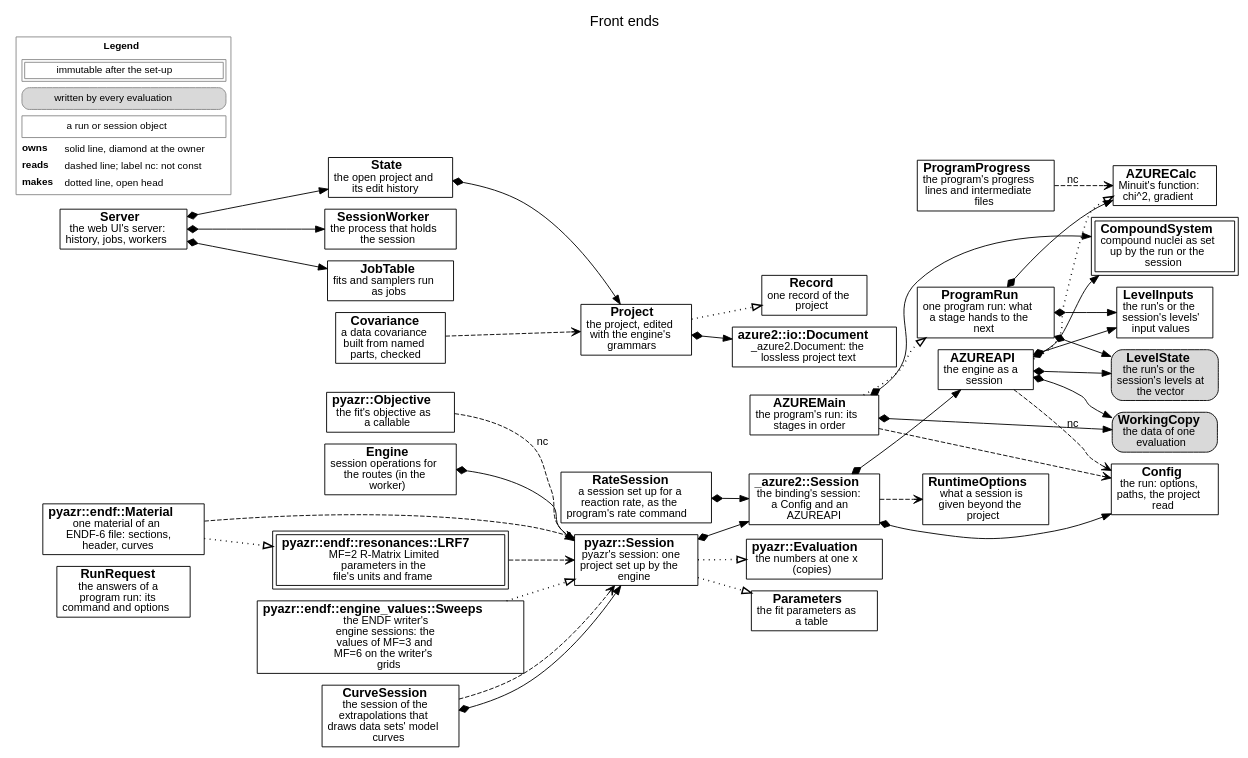
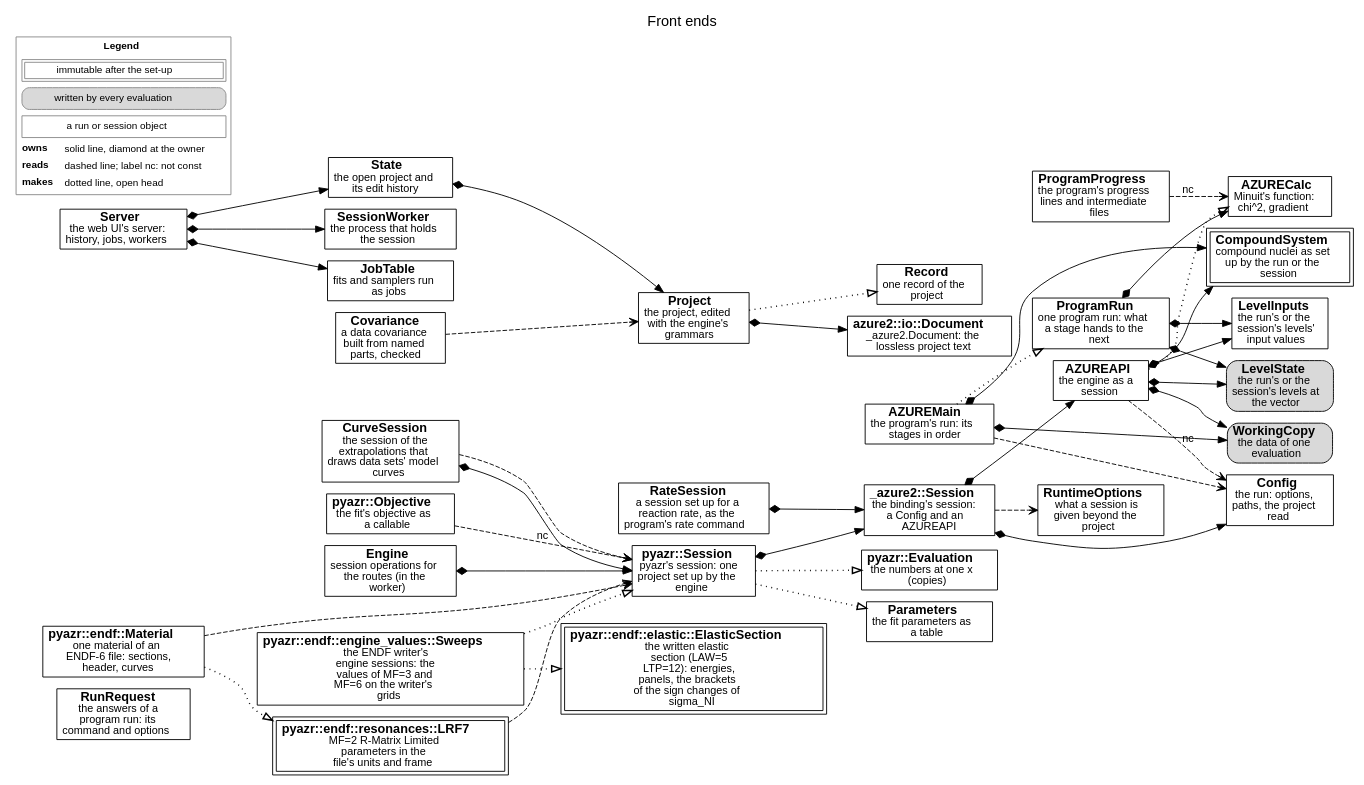
One commit to AZURE2DEV/AZURE2 changed the diagram in docs/source/developer/figures/frontends.dot. Above: the diagram before and after it, drawn with Graphviz. The commit also changed 16 other files, not shown here.

```diff
--- a/docs/source/developer/figures/frontends.dot
+++ b/docs/source/developer/figures/frontends.dot
@@ -1,73 +1,75 @@
 digraph frontends {
   graph [rankdir=LR, fontname="Helvetica", fontsize=16, labelloc=t, label="Front ends", nodesep=0.18, ranksep=0.3, newrank=true];
   node [fontname="Helvetica", fontsize=14, margin="0.08,0.04"];
   edge [fontname="Helvetica", fontsize=12];
   n_RunRequest [label=<<b>RunRequest</b><br/><font point-size="12">the answers of a<br/>program run: its<br/>command and options</font>>, shape=box, style="filled", fillcolor="white"];
   n_AZUREMain [label=<<b>AZUREMain</b><br/><font point-size="12">the program&#x27;s run: its<br/>stages in order</font>>, shape=box, style="filled", fillcolor="white"];
   n_Config [label=<<b>Config</b><br/><font point-size="12">the run: options,<br/>paths, the project<br/>read</font>>, shape=box, style="filled", fillcolor="white"];
   n_CompoundSystem [label=<<b>CompoundSystem</b><br/><font point-size="12">compound nuclei as set<br/>up by the run or the<br/>session</font>>, shape=box, peripheries=2, style="filled", fillcolor="white"];
   n_LevelState [label=<<b>LevelState</b><br/><font point-size="12">the run&#x27;s or the<br/>session&#x27;s levels at<br/>the vector</font>>, shape=box, style="rounded,filled", fillcolor="#d9d9d9"];
   n_LevelInputs [label=<<b>LevelInputs</b><br/><font point-size="12">the run&#x27;s or the<br/>session&#x27;s levels&#x27;<br/>input values</font>>, shape=box, style="filled", fillcolor="white"];
   n_WorkingCopy [label=<<b>WorkingCopy</b><br/><font point-size="12">the data of one<br/>evaluation</font>>, shape=box, style="rounded,filled", fillcolor="#d9d9d9"];
   n_AZURECalc [label=<<b>AZURECalc</b><br/><font point-size="12">Minuit&#x27;s function:<br/>chi^2, gradient</font>>, shape=box, style="filled", fillcolor="white"];
   n_ProgramRun [label=<<b>ProgramRun</b><br/><font point-size="12">one program run: what<br/>a stage hands to the<br/>next</font>>, shape=box, style="filled", fillcolor="white"];
   n_ProgramProgress [label=<<b>ProgramProgress</b><br/><font point-size="12">the program&#x27;s progress<br/>lines and intermediate<br/>files</font>>, shape=box, style="filled", fillcolor="white"];
   n_AZUREAPI [label=<<b>AZUREAPI</b><br/><font point-size="12">the engine as a<br/>session</font>>, shape=box, style="filled", fillcolor="white"];
   n__azure2__Session [label=<<b>_azure2::Session</b><br/><font point-size="12">the binding&#x27;s session:<br/>a Config and an<br/>AZUREAPI</font>>, shape=box, style="filled", fillcolor="white"];
   n_RuntimeOptions [label=<<b>RuntimeOptions</b><br/><font point-size="12">what a session is<br/>given beyond the<br/>project</font>>, shape=box, style="filled", fillcolor="white"];
   n_pyazr__Session [label=<<b>pyazr::Session</b><br/><font point-size="12">pyazr&#x27;s session: one<br/>project set up by the<br/>engine</font>>, shape=box, style="filled", fillcolor="white"];
   n_pyazr__Objective [label=<<b>pyazr::Objective</b><br/><font point-size="12">the fit&#x27;s objective as<br/>a callable</font>>, shape=box, style="filled", fillcolor="white"];
   n_pyazr__Evaluation [label=<<b>pyazr::Evaluation</b><br/><font point-size="12">the numbers at one x<br/>(copies)</font>>, shape=box, style="filled", fillcolor="white"];
   n_Parameters [label=<<b>Parameters</b><br/><font point-size="12">the fit parameters as<br/>a table</font>>, shape=box, style="filled", fillcolor="white"];
   n_Project [label=<<b>Project</b><br/><font point-size="12">the project, edited<br/>with the engine&#x27;s<br/>grammars</font>>, shape=box, style="filled", fillcolor="white"];
   n_Record [label=<<b>Record</b><br/><font point-size="12">one record of the<br/>project</font>>, shape=box, style="filled", fillcolor="white"];
   n_azure2__io__Document [label=<<b>azure2::io::Document</b><br/><font point-size="12">_azure2.Document: the<br/>lossless project text</font>>, shape=box, style="filled", fillcolor="white"];
   n_Server [label=<<b>Server</b><br/><font point-size="12">the web UI&#x27;s server:<br/>history, jobs, workers</font>>, shape=box, style="filled", fillcolor="white"];
   n_State [label=<<b>State</b><br/><font point-size="12">the open project and<br/>its edit history</font>>, shape=box, style="filled", fillcolor="white"];
   n_SessionWorker [label=<<b>SessionWorker</b><br/><font point-size="12">the process that holds<br/>the session</font>>, shape=box, style="filled", fillcolor="white"];
   n_Engine [label=<<b>Engine</b><br/><font point-size="12">session operations for<br/>the routes (in the<br/>worker)</font>>, shape=box, style="filled", fillcolor="white"];
   n_JobTable [label=<<b>JobTable</b><br/><font point-size="12">fits and samplers run<br/>as jobs</font>>, shape=box, style="filled", fillcolor="white"];
   n_pyazr__endf__Material [label=<<b>pyazr::endf::Material</b><br/><font point-size="12">one material of an<br/>ENDF-6 file: sections,<br/>header, curves</font>>, shape=box, style="filled", fillcolor="white"];
   n_pyazr__endf__resonances__LRF7 [label=<<b>pyazr::endf::resonances::LRF7</b><br/><font point-size="12">MF=2 R-Matrix Limited<br/>parameters in the<br/>file&#x27;s units and frame</font>>, shape=box, peripheries=2, style="filled", fillcolor="white"];
   n_pyazr__endf__engine_values__Sweeps [label=<<b>pyazr::endf::engine_values::Sweeps</b><br/><font point-size="12">the ENDF writer&#x27;s<br/>engine sessions: the<br/>values of MF=3 and<br/>MF=6 on the writer&#x27;s<br/>grids</font>>, shape=box, style="filled", fillcolor="white"];
+  n_pyazr__endf__elastic__ElasticSection [label=<<b>pyazr::endf::elastic::ElasticSection</b><br/><font point-size="12">the written elastic<br/>section (LAW=5<br/>LTP=12): energies,<br/>panels, the brackets<br/>of the sign changes of<br/>sigma_NI</font>>, shape=box, peripheries=2, style="filled", fillcolor="white"];
   n_RateSession [label=<<b>RateSession</b><br/><font point-size="12">a session set up for a<br/>reaction rate, as the<br/>program&#x27;s rate command</font>>, shape=box, style="filled", fillcolor="white"];
   n_CurveSession [label=<<b>CurveSession</b><br/><font point-size="12">the session of the<br/>extrapolations that<br/>draws data sets&#x27; model<br/>curves</font>>, shape=box, style="filled", fillcolor="white"];
   n_Covariance [label=<<b>Covariance</b><br/><font point-size="12">a data covariance<br/>built from named<br/>parts, checked</font>>, shape=box, style="filled", fillcolor="white"];
   n_AZUREMain -> n_Config [style=dashed, arrowhead=vee];
   n_AZUREMain -> n_CompoundSystem [style=solid, dir=both, arrowtail=diamond, arrowhead=normal];
   n_AZUREMain -> n_WorkingCopy [style=solid, dir=both, arrowtail=diamond, arrowhead=normal];
   n_AZUREMain -> n_ProgramRun [style=dotted, penwidth=1.6, arrowhead=empty];
   n_ProgramRun -> n_AZURECalc [style=solid, dir=both, arrowtail=diamond, arrowhead=normal];
   n_ProgramRun -> n_LevelState [style=solid, dir=both, arrowtail=diamond, arrowhead=normal];
   n_ProgramRun -> n_LevelInputs [style=solid, dir=both, arrowtail=diamond, arrowhead=normal];
   n_ProgramProgress -> n_AZURECalc [style=dashed, arrowhead=vee, label=" nc"];
   n_AZUREAPI -> n_AZURECalc [style=dotted, penwidth=1.6, arrowhead=empty];
   n_AZUREAPI -> n_Config [style=dashed, arrowhead=vee, label=" nc"];
   n_AZUREAPI -> n_CompoundSystem [style=solid, dir=both, arrowtail=diamond, arrowhead=normal];
   n_AZUREAPI -> n_LevelState [style=solid, dir=both, arrowtail=diamond, arrowhead=normal];
   n_AZUREAPI -> n_LevelInputs [style=solid, dir=both, arrowtail=diamond, arrowhead=normal];
   n_AZUREAPI -> n_WorkingCopy [style=solid, dir=both, arrowtail=diamond, arrowhead=normal];
   n__azure2__Session -> n_Config [style=solid, dir=both, arrowtail=diamond, arrowhead=normal];
   n__azure2__Session -> n_AZUREAPI [style=solid, dir=both, arrowtail=diamond, arrowhead=normal];
   n__azure2__Session -> n_RuntimeOptions [style=dashed, arrowhead=vee];
   n_pyazr__Session -> n__azure2__Session [style=solid, dir=both, arrowtail=diamond, arrowhead=normal];
   n_pyazr__Session -> n_Parameters [style=dotted, penwidth=1.6, arrowhead=empty];
   n_pyazr__Objective -> n_pyazr__Session [style=dashed, arrowhead=vee, label=" nc"];
   n_pyazr__Session -> n_pyazr__Evaluation [style=dotted, penwidth=1.6, arrowhead=empty];
   n_Project -> n_azure2__io__Document [style=solid, dir=both, arrowtail=diamond, arrowhead=normal];
   n_Project -> n_Record [style=dotted, penwidth=1.6, arrowhead=empty];
   n_State -> n_Project [style=solid, dir=both, arrowtail=diamond, arrowhead=normal];
   n_Server -> n_State [style=solid, dir=both, arrowtail=diamond, arrowhead=normal];
   n_Server -> n_SessionWorker [style=solid, dir=both, arrowtail=diamond, arrowhead=normal];
   n_Server -> n_JobTable [style=solid, dir=both, arrowtail=diamond, arrowhead=normal];
   n_Engine -> n_pyazr__Session [style=solid, dir=both, arrowtail=diamond, arrowhead=normal];
   n_RateSession -> n__azure2__Session [style=solid, dir=both, arrowtail=diamond, arrowhead=normal];
   n_CurveSession -> n_pyazr__Session [style=solid, dir=both, arrowtail=diamond, arrowhead=normal];
   n_CurveSession -> n_pyazr__Session [style=dashed, arrowhead=vee];
   n_Covariance -> n_Project [style=dashed, arrowhead=vee];
   n_pyazr__endf__Material -> n_pyazr__Session [style=dashed, arrowhead=vee];
   n_pyazr__endf__Material -> n_pyazr__endf__resonances__LRF7 [style=dotted, penwidth=1.6, arrowhead=empty];
   n_pyazr__endf__resonances__LRF7 -> n_pyazr__Session [style=dashed, arrowhead=vee];
   n_pyazr__endf__engine_values__Sweeps -> n_pyazr__Session [style=dotted, penwidth=1.6, arrowhead=empty];
+  n_pyazr__endf__engine_values__Sweeps -> n_pyazr__endf__elastic__ElasticSection [style=dotted, penwidth=1.6, arrowhead=empty];
   legend [shape=plaintext, fontsize=11, label=<<TABLE BORDER="1" CELLBORDER="0" CELLSPACING="3" COLOR="#888888"><TR><TD COLSPAN="2"><B>Legend</B></TD></TR><TR><TD COLSPAN="2"><TABLE BORDER="1" CELLBORDER="1" CELLSPACING="2" CELLPADDING="2"><TR><TD>immutable after the set-up</TD></TR></TABLE></TD></TR><TR><TD COLSPAN="2"><TABLE BORDER="1" CELLBORDER="0" CELLPADDING="3" STYLE="rounded" BGCOLOR="#d9d9d9"><TR><TD>written by every evaluation</TD></TR></TABLE></TD></TR><TR><TD COLSPAN="2"><TABLE BORDER="1" CELLBORDER="0" CELLPADDING="3" ><TR><TD>a run or session object</TD></TR></TABLE></TD></TR><TR><TD ALIGN="LEFT"><B>owns</B></TD><TD ALIGN="LEFT">solid line, diamond at the owner</TD></TR><TR><TD ALIGN="LEFT"><B>reads</B></TD><TD ALIGN="LEFT">dashed line; label nc: not const</TD></TR><TR><TD ALIGN="LEFT"><B>makes</B></TD><TD ALIGN="LEFT">dotted line, open head</TD></TR></TABLE>>];
 }
```
